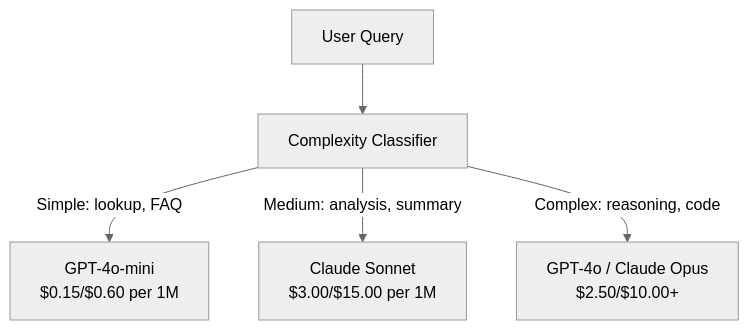
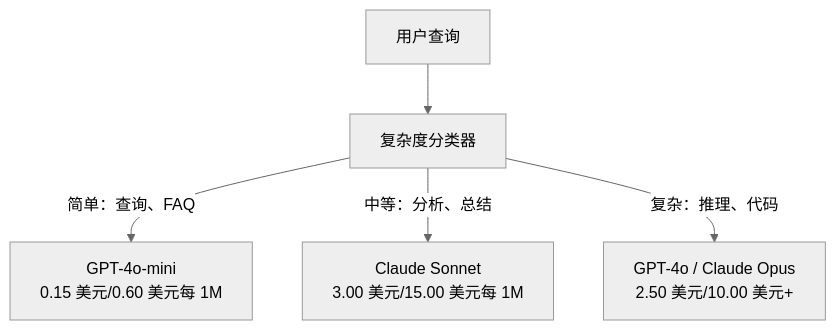
Before and after one commit to guangningsun/ailearning: the third of 3 diagrams in lessons/11-llm-engineering/11-caching-cost/docs/zh.md, drawn with Mermaid (neutral theme). The commit also changed other lines of this file and 17 other files, not shown here.

````diff
--- a/lessons/11-llm-engineering/11-caching-cost/docs/zh.md
+++ b/lessons/11-llm-engineering/11-caching-cost/docs/zh.md
@@ -125,7 +125,7 @@
 ```mermaid
 flowchart TD
-    A[User Query] --> B[Complexity Classifier]
-    B -->|Simple: lookup, FAQ| C[GPT-4o-mini<br/>$0.15/$0.60 per 1M]
-    B -->|Medium: analysis, summary| D[Claude Sonnet<br/>$3.00/$15.00 per 1M]
-    B -->|Complex: reasoning, code| E[GPT-4o / Claude Opus<br/>$2.50/$10.00+]
+    A[用户查询] --> B[复杂度分类器]
+    B -->|简单：查询、FAQ| C[GPT-4o-mini<br/>0.15 美元/0.60 美元每 1M]
+    B -->|中等：分析、总结| D[Claude Sonnet<br/>3.00 美元/15.00 美元每 1M]
+    B -->|复杂：推理、代码| E[GPT-4o / Claude Opus<br/>2.50 美元/10.00 美元+]
 ```
````
